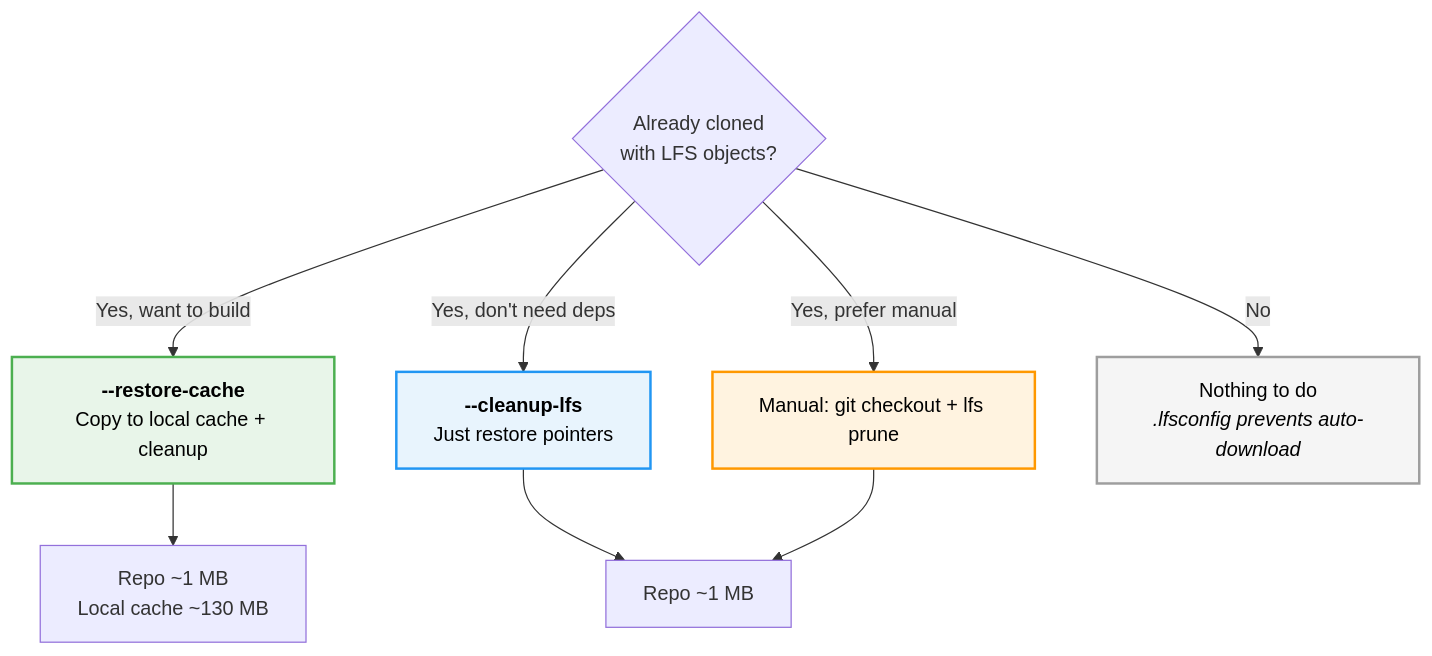
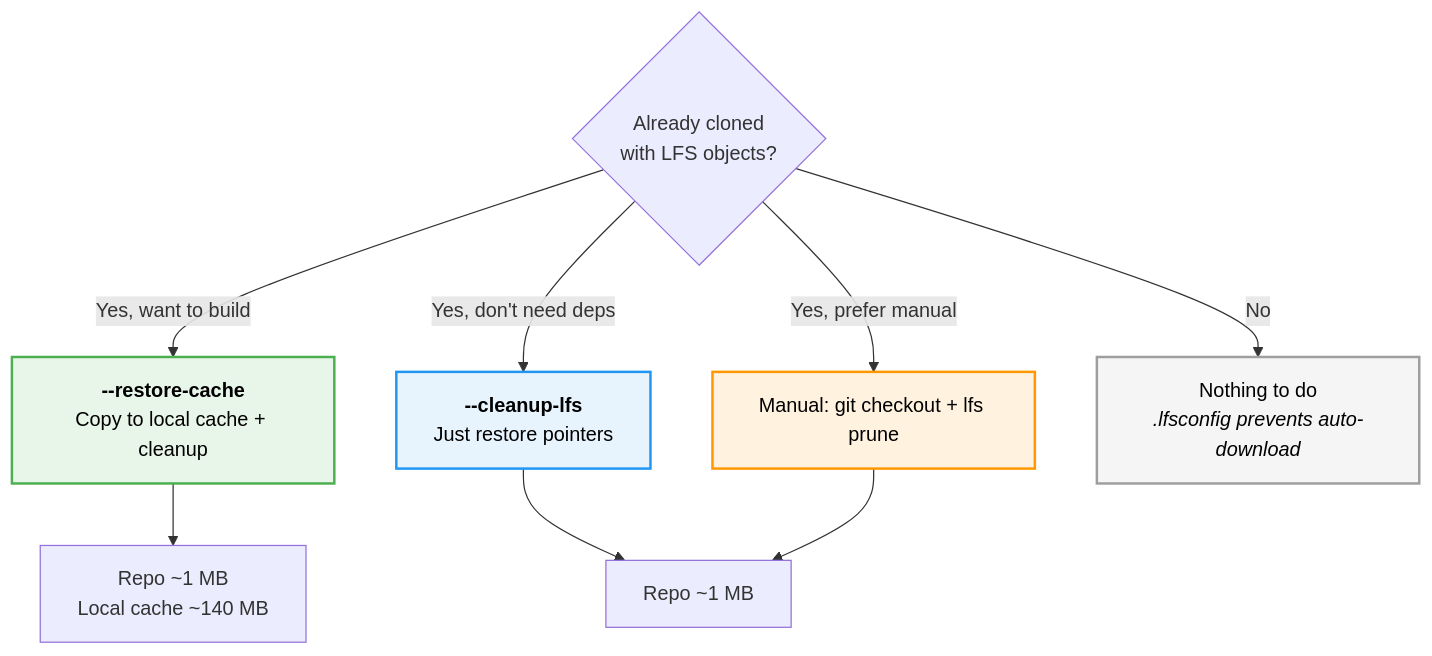
Before and after one commit to CorticalCode/mkvtoolnix-gui-macos: the fifth of 5 diagrams in docs/build-workflow.md, drawn with Mermaid. The commit also changed other lines of this file and 5 other files, not shown here.

````diff
--- a/docs/build-workflow.md
+++ b/docs/build-workflow.md
@@ -170,17 +183,17 @@
 ```mermaid
 flowchart TD
     A{"Already cloned<br/>with LFS objects?"}
     A -->|"Yes, want to build"| B["<b>--restore-cache</b><br/>Copy to local cache + cleanup"]
     A -->|"Yes, don't need deps"| C["<b>--cleanup-lfs</b><br/>Just restore pointers"]
     A -->|"Yes, prefer manual"| D["Manual: git checkout + lfs prune"]
     A -->|No| E["Nothing to do<br/><i>.lfsconfig prevents auto-download</i>"]
 
-    B --> F["Repo ~1 MB<br/>Local cache ~130 MB"]
+    B --> F["Repo ~1 MB<br/>Local cache ~140 MB"]
     C --> G["Repo ~1 MB"]
     D --> G
 
     style B fill:#e8f5e9,stroke:#4caf50,stroke-width:2px,color:#000
     style C fill:#e8f4fd,stroke:#2196f3,stroke-width:2px,color:#000
     style D fill:#fff3e0,stroke:#ff9800,stroke-width:2px,color:#000
     style E fill:#f5f5f5,stroke:#9e9e9e,stroke-width:2px,color:#000
 ```
````
